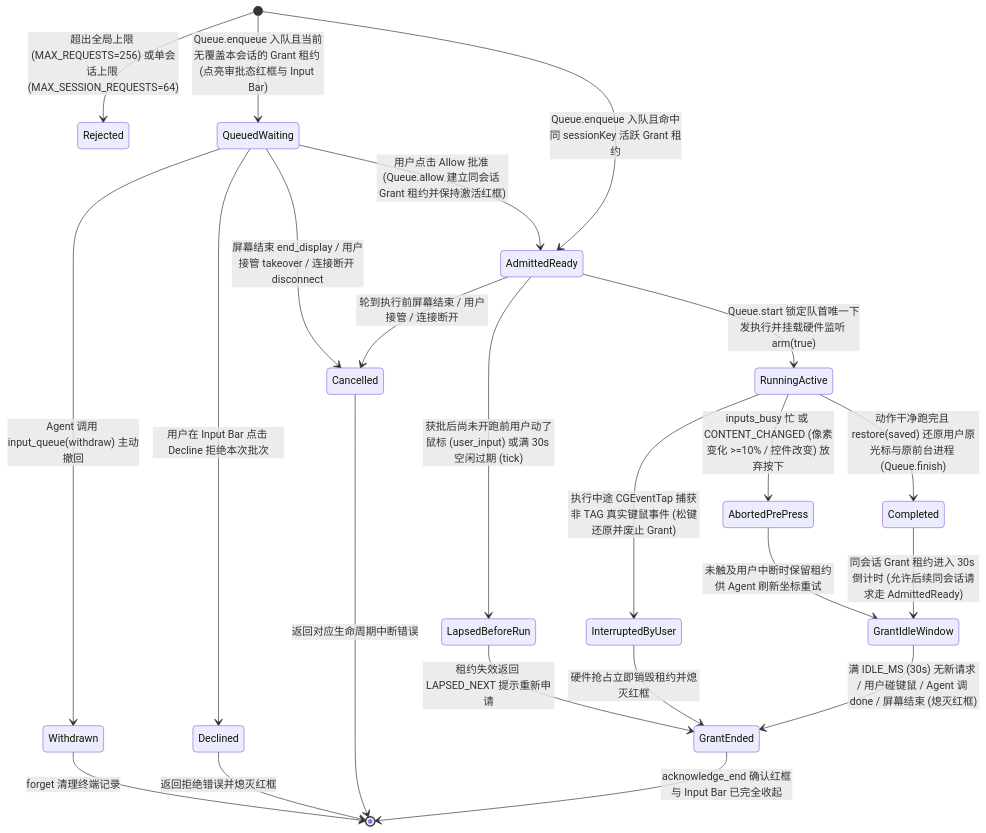
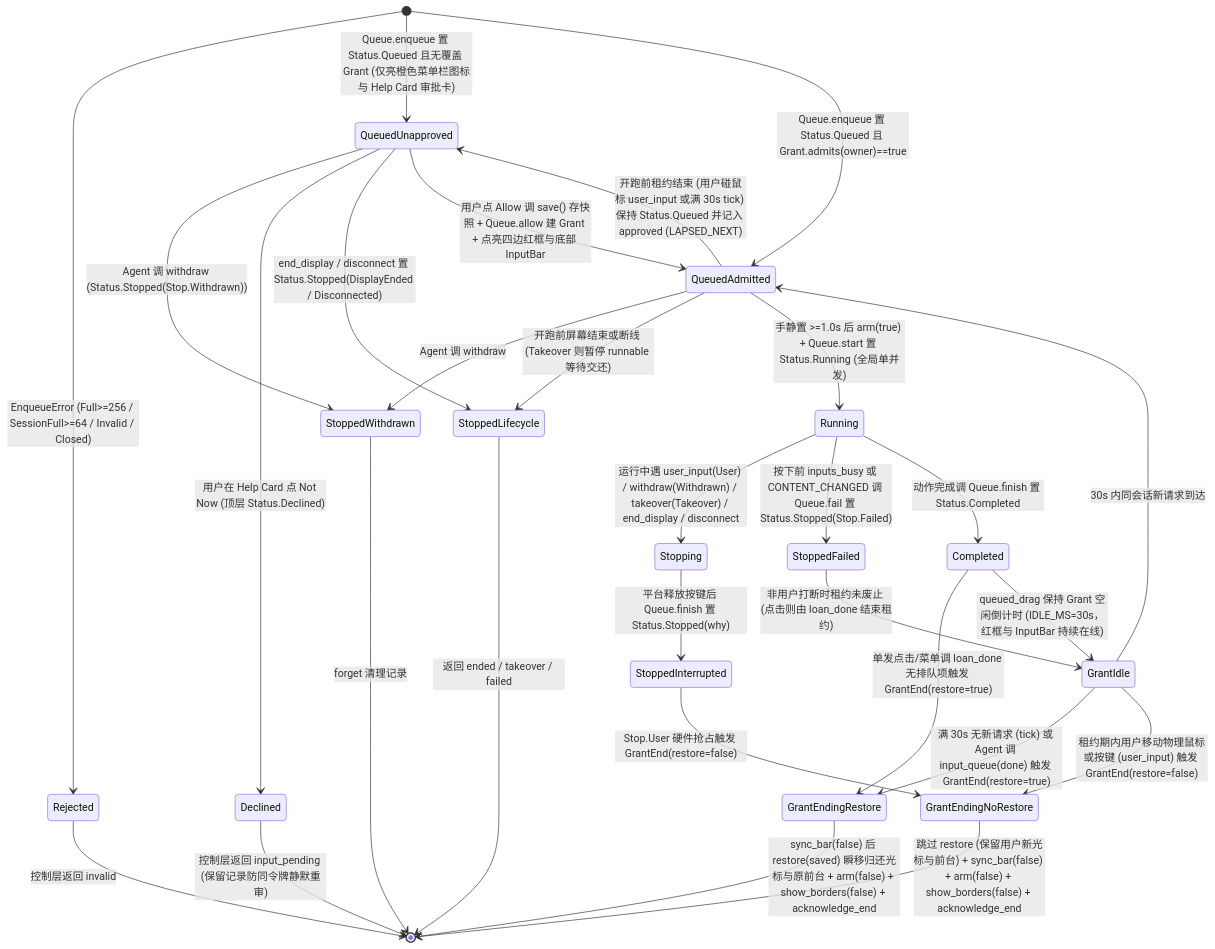
Before and after one commit to Fanzzzd/agent-screen: the diagram in docs/flows/sm-05-input-queue-lifecycle.md, drawn with Mermaid. The commit also changed other lines of this file and 16 other files, not shown here.

First line of the commit message:
docs(docs): audit flow maps row by row with source quotes

````diff
--- a/docs/flows/sm-05-input-queue-lifecycle.md
+++ b/docs/flows/sm-05-input-queue-lifecycle.md
@@ -9,25 +9,31 @@
 ```mermaid
 stateDiagram-v2
-    [*] --> Rejected : 超出全局上限 (MAX_REQUESTS=256) 或单会话上限 (MAX_SESSION_REQUESTS=64)
-    [*] --> QueuedWaiting : Queue.enqueue 入队且当前无覆盖本会话的 Grant 租约 (点亮审批态红框与 Input Bar)
-    [*] --> AdmittedReady : Queue.enqueue 入队且命中同 sessionKey 活跃 Grant 租约
-    QueuedWaiting --> Withdrawn : Agent 调用 input_queue(withdraw) 主动撤回
-    QueuedWaiting --> Declined : 用户在 Input Bar 点击 Decline 拒绝本次批次
-    QueuedWaiting --> Cancelled : 屏幕结束 end_display / 用户接管 takeover / 连接断开 disconnect
-    QueuedWaiting --> AdmittedReady : 用户点击 Allow 批准 (Queue.allow 建立同会话 Grant 租约并保持激活红框)
-    AdmittedReady --> Cancelled : 轮到执行前屏幕结束 / 用户接管 / 连接断开
-    AdmittedReady --> LapsedBeforeRun : 获批后尚未开跑前用户动了鼠标 (user_input) 或满 30s 空闲过期 (tick)
-    AdmittedReady --> RunningActive : Queue.start 锁定队首唯一下发执行并挂载硬件监听 arm(true)
-    RunningActive --> InterruptedByUser : 执行中途 CGEventTap 捕获非 TAG 真实键鼠事件 (松键还原并废止 Grant)
-    RunningActive --> AbortedPrePress : inputs_busy 忙 或 CONTENT_CHANGED (像素变化 >=10% / 控件改变) 放弃按下
-    RunningActive --> Completed : 动作干净跑完且 restore(saved) 还原用户原光标与原前台进程 (Queue.finish)
-    Completed --> GrantIdleWindow : 同会话 Grant 租约进入 30s 倒计时 (允许后续同会话请求走 AdmittedReady)
-    AbortedPrePress --> GrantIdleWindow : 未触及用户中断时保留租约供 Agent 刷新坐标重试
-    GrantIdleWindow --> GrantEnded : 满 IDLE_MS (30s) 无新请求 / 用户碰键鼠 / Agent 调 done / 屏幕结束 (熄灭红框)
-    InterruptedByUser --> GrantEnded : 硬件抢占立即销毁租约并熄灭红框
-    LapsedBeforeRun --> GrantEnded : 租约失效返回 LAPSED_NEXT 提示重新申请
-    Withdrawn --> [*] : forget 清理终端记录
-    Declined --> [*] : 返回拒绝错误并熄灭红框
-    Cancelled --> [*] : 返回对应生命周期中断错误
-    GrantEnded --> [*] : acknowledge_end 确认红框与 Input Bar 已完全收起
+    [*] --> Rejected : EnqueueError (Full>=256 / SessionFull>=64 / Invalid / Closed)
+    [*] --> QueuedUnapproved : Queue.enqueue 置 Status.Queued 且无覆盖 Grant (仅亮橙色菜单栏图标与 Help Card 审批卡)
+    [*] --> QueuedAdmitted : Queue.enqueue 置 Status.Queued 且 Grant.admits(owner)==true
+    QueuedUnapproved --> StoppedWithdrawn : Agent 调 withdraw (Status.Stopped(Stop.Withdrawn))
+    QueuedUnapproved --> Declined : 用户在 Help Card 点 Not Now (顶层 Status.Declined)
+    QueuedUnapproved --> StoppedLifecycle : end_display / disconnect 置 Status.Stopped(DisplayEnded / Disconnected)
+    QueuedUnapproved --> QueuedAdmitted : 用户点 Allow 调 save() 存快照 + Queue.allow 建 Grant + 点亮四边红框与底部 InputBar
+    QueuedAdmitted --> QueuedUnapproved : 开跑前租约结束 (用户碰鼠标 user_input 或满 30s tick) 保持 Status.Queued 并记入 approved (LAPSED_NEXT)
+    QueuedAdmitted --> StoppedWithdrawn : Agent 调 withdraw
+    QueuedAdmitted --> StoppedLifecycle : 开跑前屏幕结束或断线 (Takeover 则暂停 runnable 等待交还)
+    QueuedAdmitted --> Running : 手静置 >=1.0s 后 arm(true) + Queue.start 置 Status.Running (全局单并发)
+    Running --> Stopping : 运行中遇 user_input(User) / withdraw(Withdrawn) / takeover(Takeover) / end_display / disconnect
+    Running --> StoppedFailed : 按下前 inputs_busy 或 CONTENT_CHANGED 调 Queue.fail 置 Status.Stopped(Stop.Failed)
+    Running --> Completed : 动作完成调 Queue.finish 置 Status.Completed
+    Stopping --> StoppedInterrupted : 平台释放按键后 Queue.finish 置 Status.Stopped(why)
+    Completed --> GrantEndingRestore : 单发点击/菜单调 loan_done 无排队项触发 GrantEnd(restore=true)
+    Completed --> GrantIdle : queued_drag 保持 Grant 空闲倒计时 (IDLE_MS=30s，红框与 InputBar 持续在线)
+    StoppedFailed --> GrantIdle : 非用户打断时租约未废止 (点击则由 loan_done 结束租约)
+    GrantIdle --> QueuedAdmitted : 30s 内同会话新请求到达
+    GrantIdle --> GrantEndingRestore : 满 30s 无新请求 (tick) 或 Agent 调 input_queue(done) 触发 GrantEnd(restore=true)
+    GrantIdle --> GrantEndingNoRestore : 租约期内用户移动物理鼠标或按键 (user_input) 触发 GrantEnd(restore=false)
+    StoppedInterrupted --> GrantEndingNoRestore : Stop.User 硬件抢占触发 GrantEnd(restore=false)
+    GrantEndingRestore --> [*] : sync_bar(false) 后 restore(saved) 瞬移归还光标与原前台 + arm(false) + show_borders(false) + acknowledge_end
+    GrantEndingNoRestore --> [*] : 跳过 restore (保留用户新光标与前台) + sync_bar(false) + arm(false) + show_borders(false) + acknowledge_end
+    Rejected --> [*] : 控制层返回 invalid
+    Declined --> [*] : 控制层返回 input_pending (保留记录防同令牌静默重审)
+    StoppedWithdrawn --> [*] : forget 清理记录
+    StoppedLifecycle --> [*] : 返回 ended / takeover / failed
 ```
````
